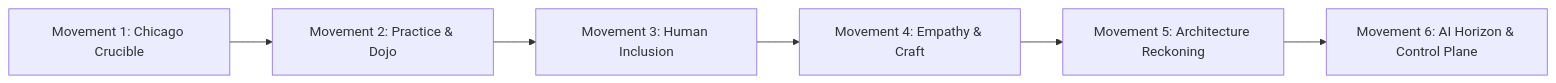
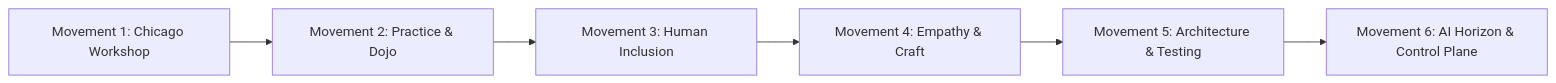
Before and after one commit to just3ws/just3ws.github.io: the second of 2 diagrams in docs/the-sound-above-audience-and-funding-strategy.md, drawn with Mermaid. The commit also changed other lines of this file and 40 other files, not shown here.

Commit message:
Calibrate Software Craftsmanship framing, SCMC 2-year transition, and Knowledge Graph memory

````diff
--- a/docs/the-sound-above-audience-and-funding-strategy.md
+++ b/docs/the-sound-above-audience-and-funding-strategy.md
@@ -53,8 +53,8 @@
 ```mermaid
 flowchart LR
-    M1["Movement 1: Chicago Crucible"] --> M2["Movement 2: Practice & Dojo"]
+    M1["Movement 1: Chicago Workshop"] --> M2["Movement 2: Practice & Dojo"]
     M2 --> M3["Movement 3: Human Inclusion"]
     M3 --> M4["Movement 4: Empathy & Craft"]
-    M4 --> M5["Movement 5: Architecture Reckoning"]
+    M4 --> M5["Movement 5: Architecture & Testing"]
     M5 --> M6["Movement 6: AI Horizon & Control Plane"]
 ```
````
